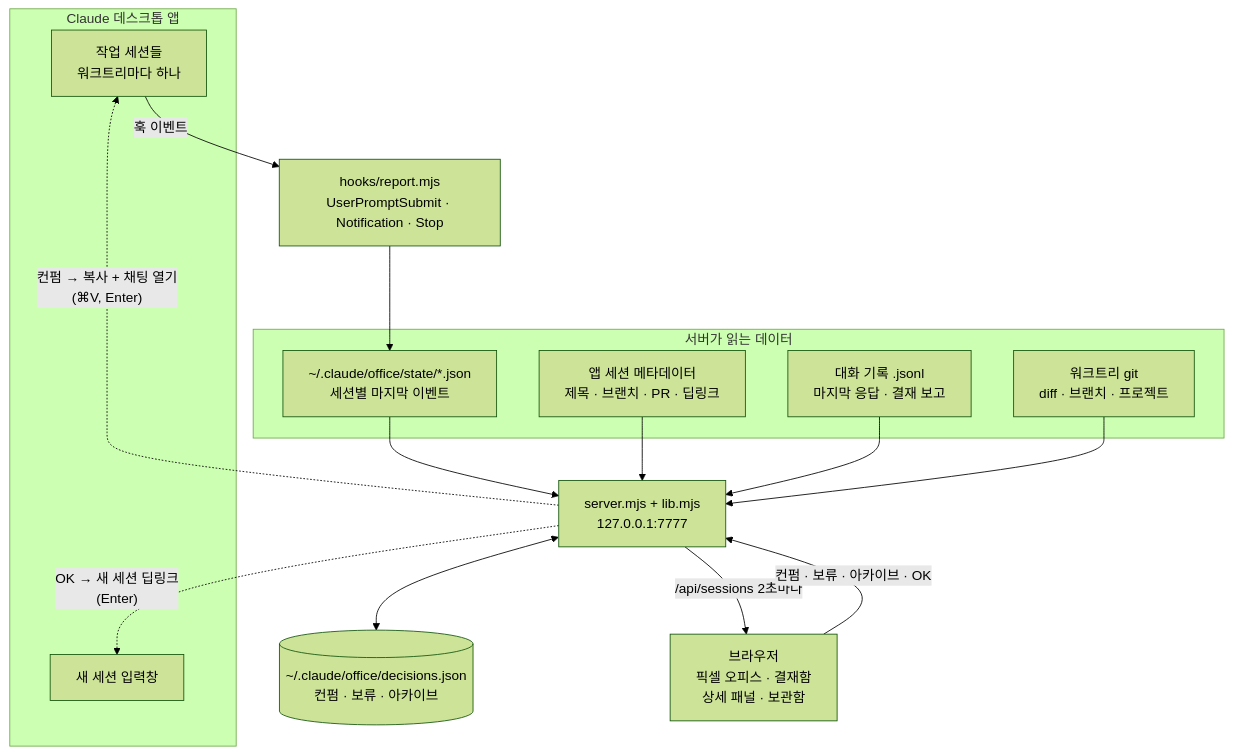
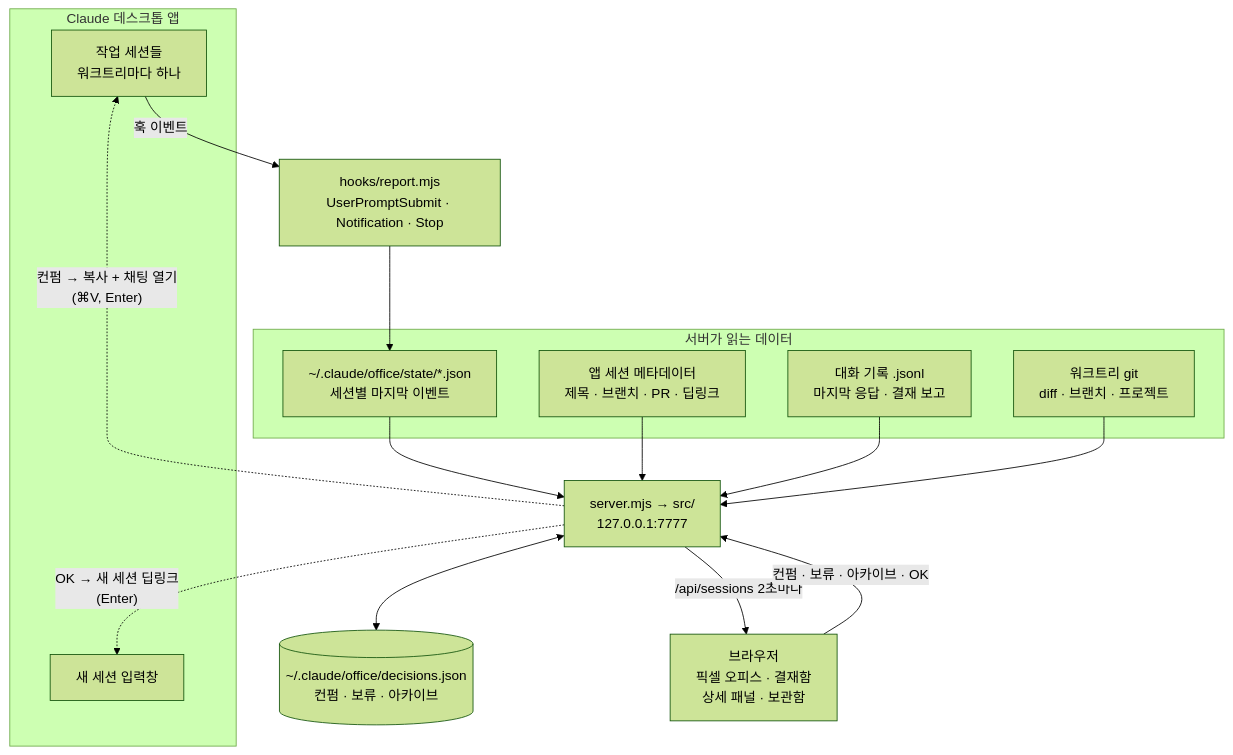
The diagram in README.md (claire-lemon/claude-office), drawn with Mermaid (forest theme) before and after one commit. The commit also changed other lines of this file and 6 other files, not shown here.

````diff
--- a/README.md
+++ b/README.md
@@ -20,31 +20,31 @@
 ```mermaid
 flowchart TB
     subgraph APP["Claude 데스크톱 앱"]
         S["작업 세션들<br/>워크트리마다 하나"]
         NEW["새 세션 입력창"]
     end
 
     HOOK["hooks/report.mjs<br/>UserPromptSubmit · Notification · Stop"]
 
     subgraph READ["서버가 읽는 데이터"]
         ST["~/.claude/office/state/*.json<br/>세션별 마지막 이벤트"]
         META["앱 세션 메타데이터<br/>제목 · 브랜치 · PR · 딥링크"]
         TR["대화 기록 .jsonl<br/>마지막 응답 · 결재 보고"]
         GIT["워크트리 git<br/>diff · 브랜치 · 프로젝트"]
     end
 
-    SRV["server.mjs + lib.mjs<br/>127.0.0.1:7777"]
+    SRV["server.mjs → src/<br/>127.0.0.1:7777"]
     DEC[("~/.claude/office/decisions.json<br/>컨펌 · 보류 · 아카이브")]
     UI["브라우저<br/>픽셀 오피스 · 결재함<br/>상세 패널 · 보관함"]
 
     S -- "훅 이벤트" --> HOOK --> ST
     ST --> SRV
     META --> SRV
     TR --> SRV
     GIT --> SRV
     SRV <--> DEC
     SRV -- "/api/sessions 2초마다" --> UI
     UI -- "컨펌 · 보류 · 아카이브 · OK" --> SRV
     SRV -. "컨펌 → 복사 + 채팅 열기<br/>(⌘V, Enter)" .-> S
     SRV -. "OK → 새 세션 딥링크<br/>(Enter)" .-> NEW
 ```
````
